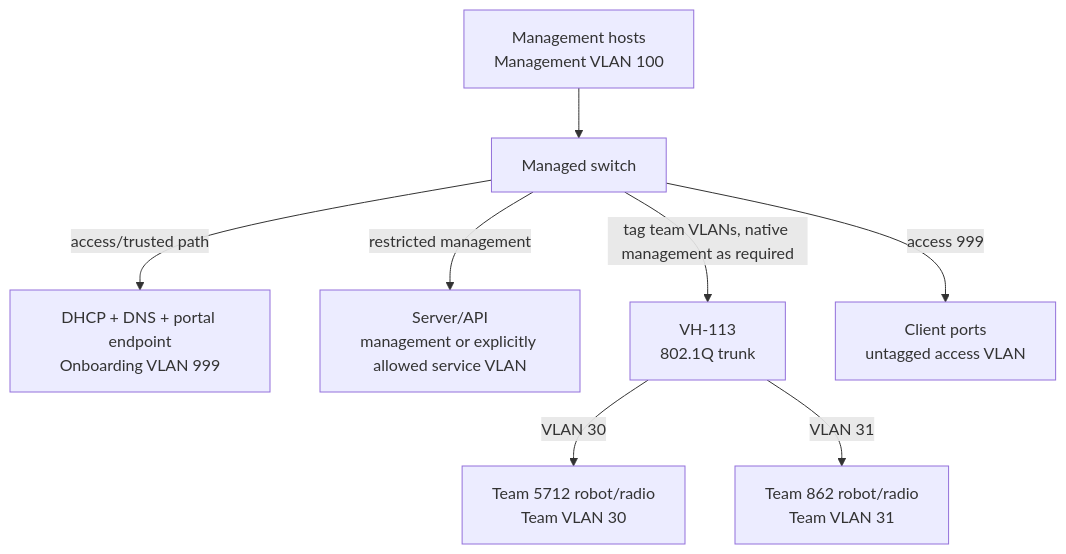
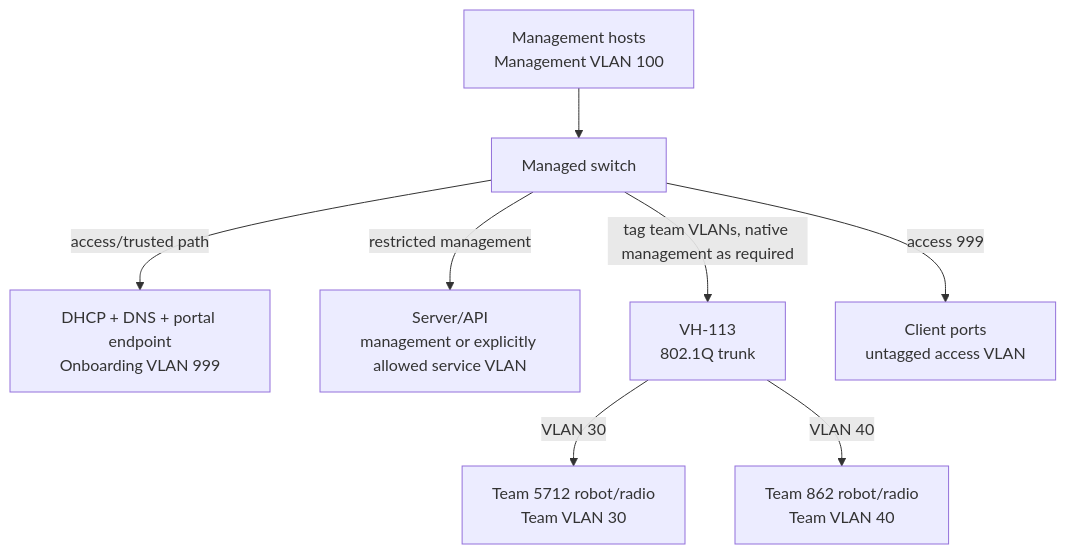
Before and after one commit to Hemlock5712/Field-Manager: the diagram in docs/network-design.md, drawn with Mermaid. The commit also changed other lines of this file and 14 other files, not shown here.

````diff
--- a/docs/network-design.md
+++ b/docs/network-design.md
@@ -7,18 +7,18 @@
 ```mermaid
 flowchart TB
   mgmt[Management hosts\nManagement VLAN 100]
   sw[Managed switch]
   dhcp[DHCP + DNS + portal endpoint\nOnboarding VLAN 999]
   infra[Server/API\nmanagement or explicitly allowed service VLAN]
   ap[VH-113\n802.1Q trunk]
   r5712[Team 5712 robot/radio\nTeam VLAN 30]
-  r862[Team 862 robot/radio\nTeam VLAN 31]
+  r862[Team 862 robot/radio\nTeam VLAN 40]
   c1[Client ports\nuntagged access VLAN]
   mgmt --> sw
   sw -->|access 999| c1
   sw -->|access/trusted path| dhcp
   sw -->|restricted management| infra
   sw -->|tag team VLANs, native management as required| ap
   ap -->|VLAN 30| r5712
-  ap -->|VLAN 31| r862
+  ap -->|VLAN 40| r862
 ```
````
